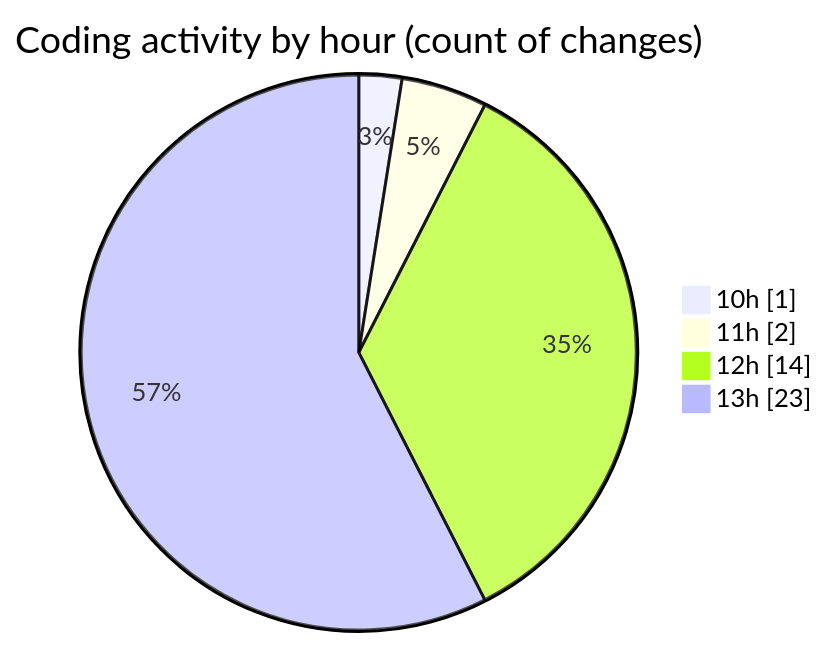
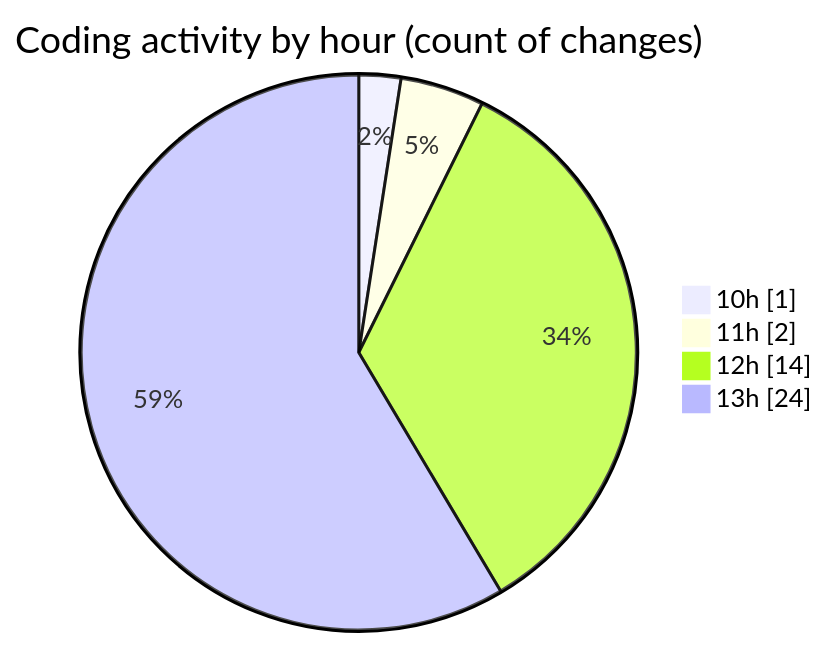
One commit to momahboobian/code-tracking changed the second of 2 diagrams in 2026-11-02/cda/README.md. Above: the diagram before and after it, drawn with Mermaid. The commit also changed other lines of this file and 1 other file, not shown here.

````diff
--- a/2026-11-02/cda/README.md
+++ b/2026-11-02/cda/README.md
@@ -41,8 +41,8 @@
 ```mermaid
 pie showData
 title Coding activity by hour (count of changes)
 "10h" : 1
 "11h" : 2
 "12h" : 14
-"13h" : 23
+"13h" : 24
 ```
````
